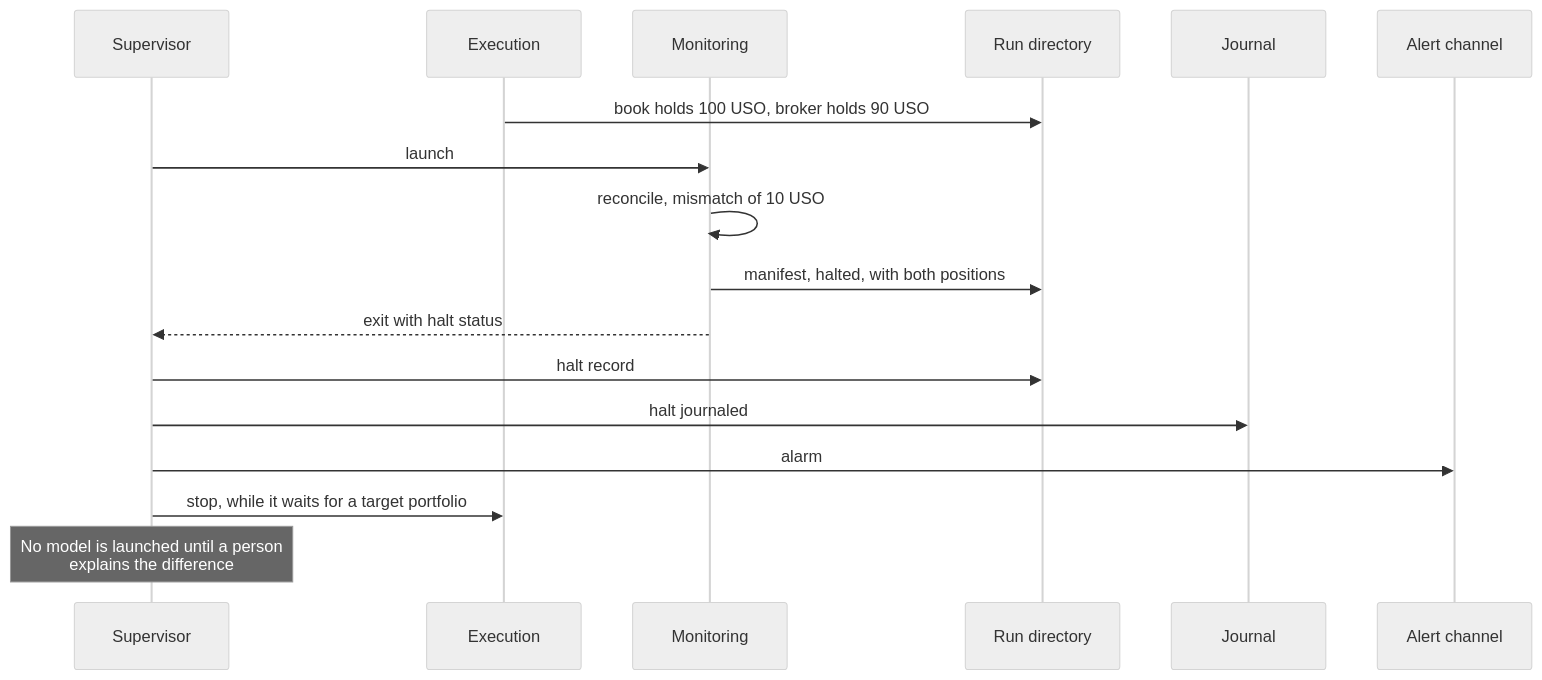
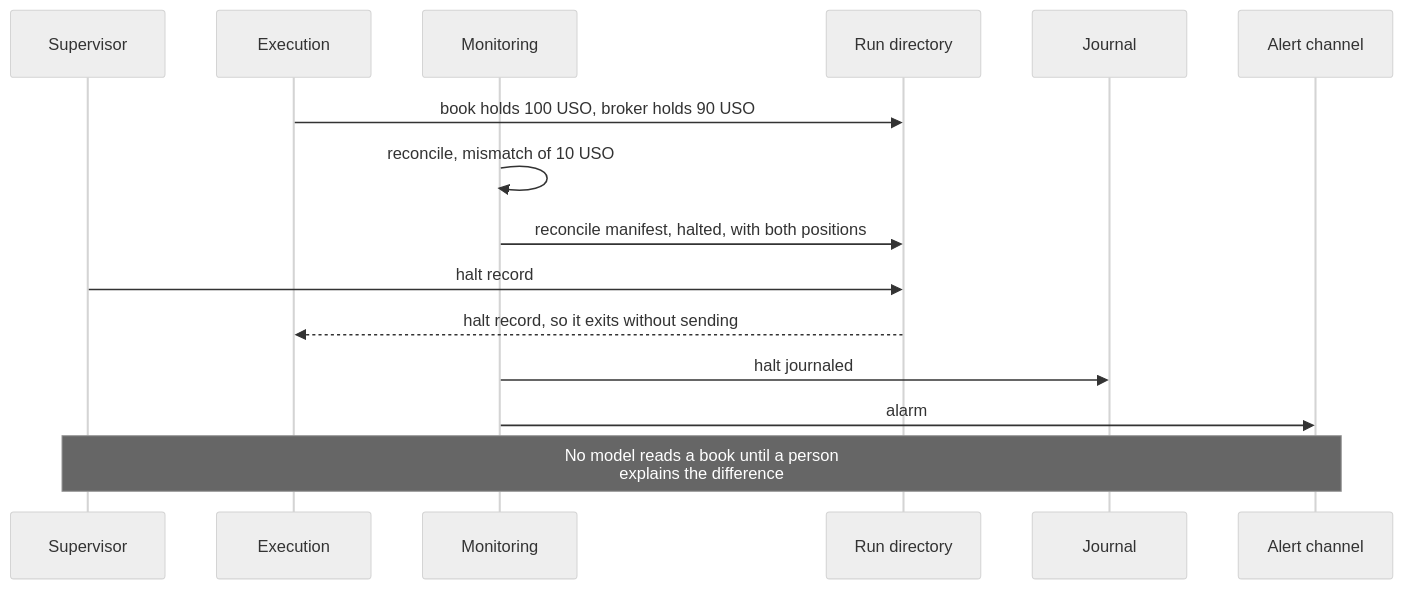
Before and after one commit to l3a0/ithildin-runtime: the eighth of 16 diagrams in docs/architecture.md, drawn with Mermaid (neutral theme). The commit also changed other lines of this file and 2 other files, not shown here.

First line of the commit message:
docs(architecture): fix what the review of the process revision found

````diff
--- a/docs/architecture.md
+++ b/docs/architecture.md
@@ -658,20 +699,18 @@
 ```mermaid
 sequenceDiagram
     participant V as Supervisor
     participant X as Execution
     participant M as Monitoring
     participant F as Run directory
     participant J as Journal
     participant L as Alert channel
 
     X->>F: book holds 100 USO, broker holds 90 USO
-    V->>M: launch
     M->>M: reconcile, mismatch of 10 USO
-    M->>F: manifest, halted, with both positions
-    M-->>V: exit with halt status
+    M->>F: reconcile manifest, halted, with both positions
     V->>F: halt record
-    V->>J: halt journaled
-    V->>L: alarm
-    V->>X: stop, while it waits for a target portfolio
-    Note over V: No model is launched until a person<br/>explains the difference
+    F-->>X: halt record, so it exits without sending
+    M->>J: halt journaled
+    M->>L: alarm
+    Note over V,L: No model reads a book until a person<br/>explains the difference
 ```
````
